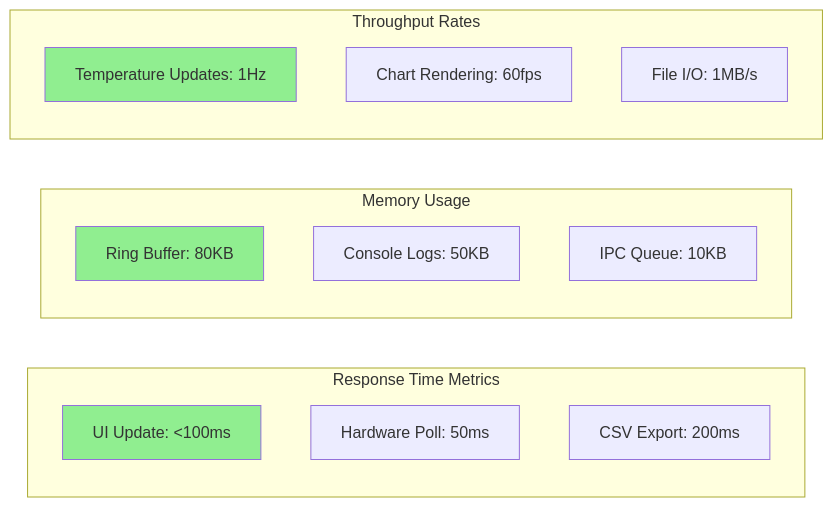
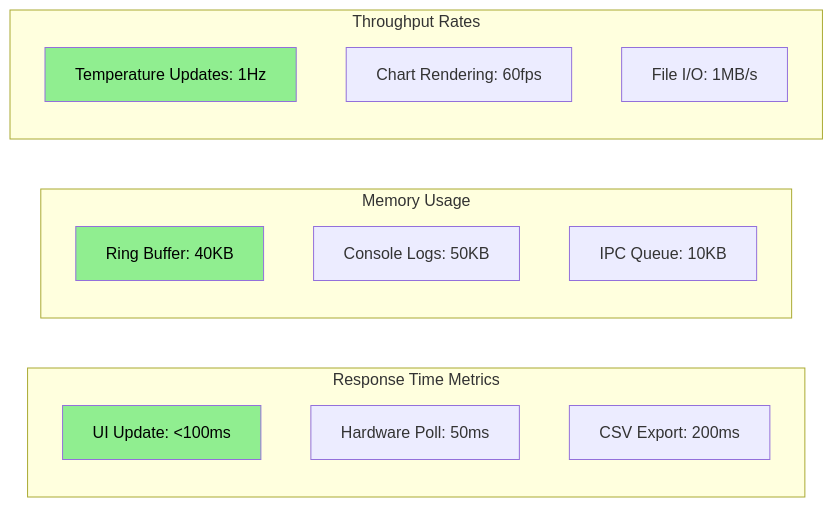
Before and after one commit to Interlaken0/temperature-plotter: diagram 18 of 18 in docs/system-architecture.md, drawn with Mermaid. The commit also changed other lines of this file and 8 other files, not shown here.

First line of the commit message:
Update documentation with comprehensive API reference and visual graph upgrade details

````diff
--- a/docs/system-architecture.md
+++ b/docs/system-architecture.md
@@ -588,24 +801,24 @@
 ```mermaid
 graph LR
     subgraph "Response Time Metrics"
         A[UI Update: <100ms]
         B[Hardware Poll: 50ms]
         C[CSV Export: 200ms]
     end
     
     subgraph "Memory Usage"
-        D[Ring Buffer: 80KB]
+        D[Ring Buffer: 40KB]
         E[Console Logs: 50KB]
         F[IPC Queue: 10KB]
     end
     
     subgraph "Throughput Rates"
         G[Temperature Updates: 1Hz]
         H[Chart Rendering: 60fps]
         I[File I/O: 1MB/s]
     end
     
-    style A fill:#90EE90
-    style D fill:#90EE90
-    style G fill:#90EE90
+    style A fill:#90EE90,color:#000000
+    style D fill:#90EE90,color:#000000
+    style G fill:#90EE90,color:#000000
 ```
````
